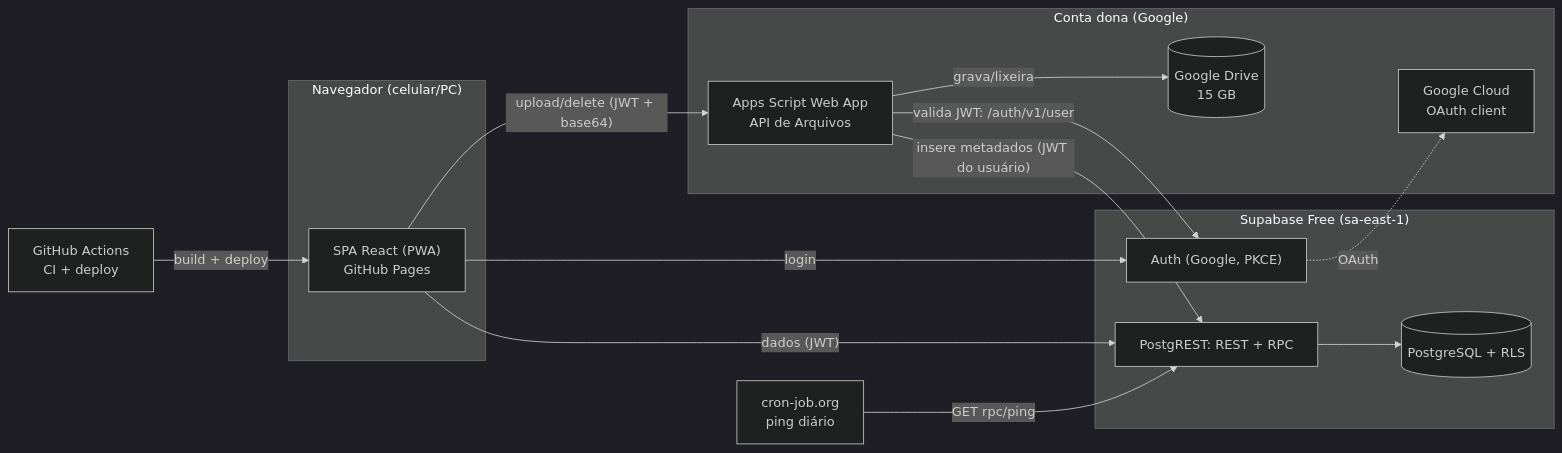
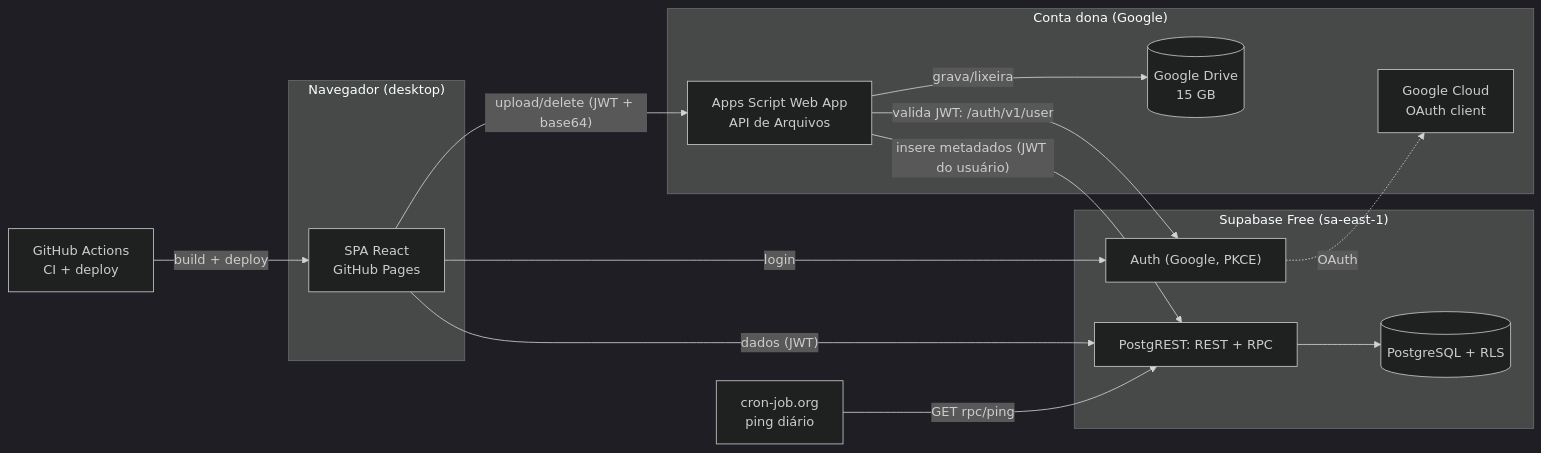
Before and after one commit to andrenunes57/cursinho-agnes-lemos: the first of 3 diagrams in SPEC.md, drawn with Mermaid (dark theme). The commit also changed other lines of this file and 30 other files, not shown here.

First line of the commit message:
refactor(f7): piloto só no desktop — remove PWA e simulação de celular; E2E com zoom 400%

````diff
--- a/SPEC.md
+++ b/SPEC.md
@@ -360,28 +360,28 @@
 ```mermaid
 flowchart LR
-  subgraph Cliente["Navegador (celular/PC)"]
-    SPA["SPA React (PWA)<br/>GitHub Pages"]
+  subgraph Cliente["Navegador (desktop)"]
+    SPA["SPA React<br/>GitHub Pages"]
   end
   subgraph Supabase["Supabase Free (sa-east-1)"]
     AUTH["Auth (Google, PKCE)"]
     REST["PostgREST: REST + RPC"]
     DB[("PostgreSQL + RLS")]
   end
   subgraph Google["Conta dona (Google)"]
     GAS["Apps Script Web App<br/>API de Arquivos"]
     DRIVE[("Google Drive<br/>15 GB")]
     OAUTH["Google Cloud<br/>OAuth client"]
   end
   CRON["cron-job.org<br/>ping diário"]
   GHA["GitHub Actions<br/>CI + deploy"]
 
   SPA -- "login" --> AUTH
   AUTH -. "OAuth" .-> OAUTH
   SPA -- "dados (JWT)" --> REST --> DB
   SPA -- "upload/delete (JWT + base64)" --> GAS
   GAS -- "valida JWT: /auth/v1/user" --> AUTH
   GAS -- "grava/lixeira" --> DRIVE
   GAS -- "insere metadados (JWT do usuário)" --> REST
   CRON -- "GET rpc/ping" --> REST
   GHA -- "build + deploy" --> SPA
 ```
````
